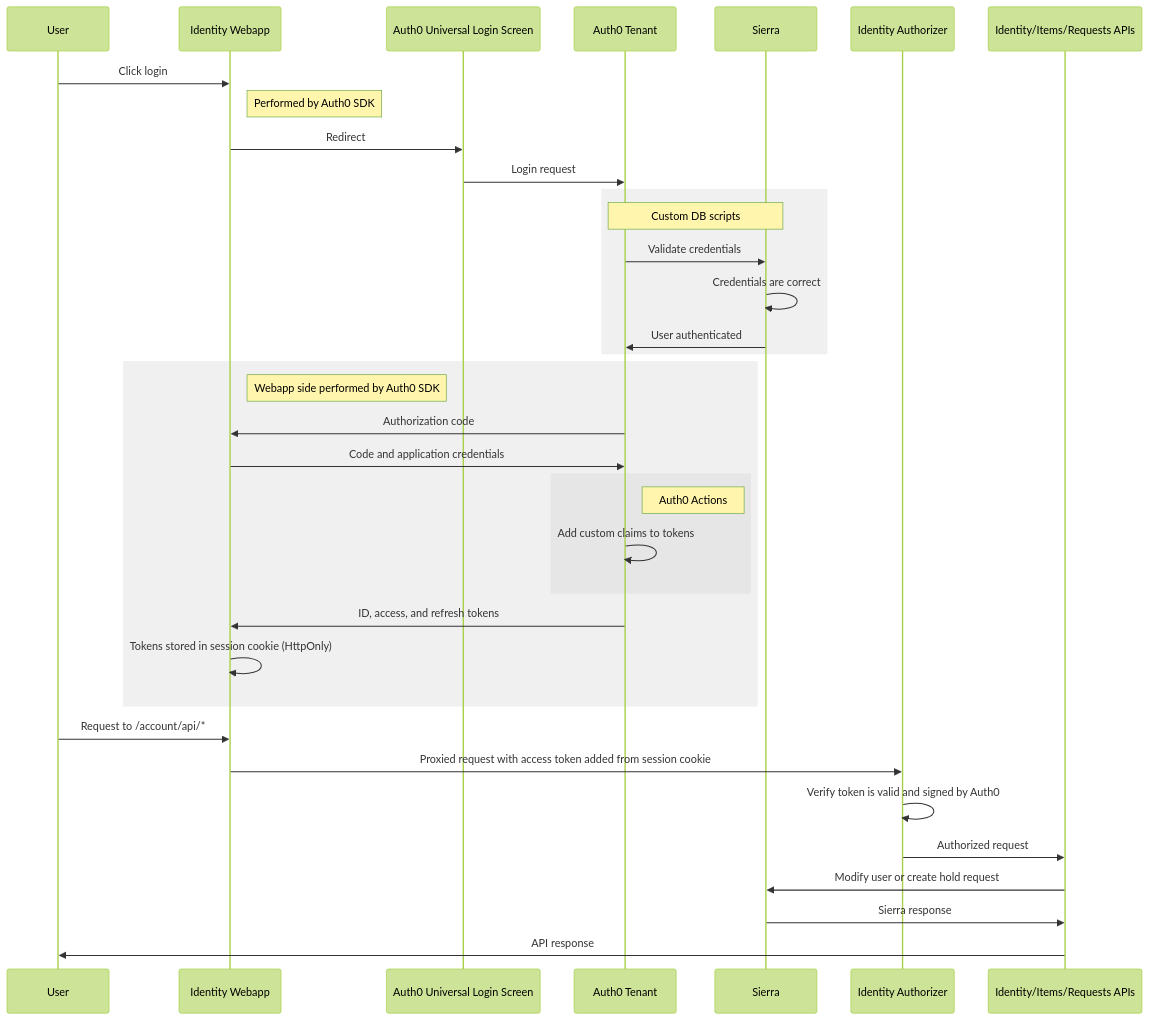
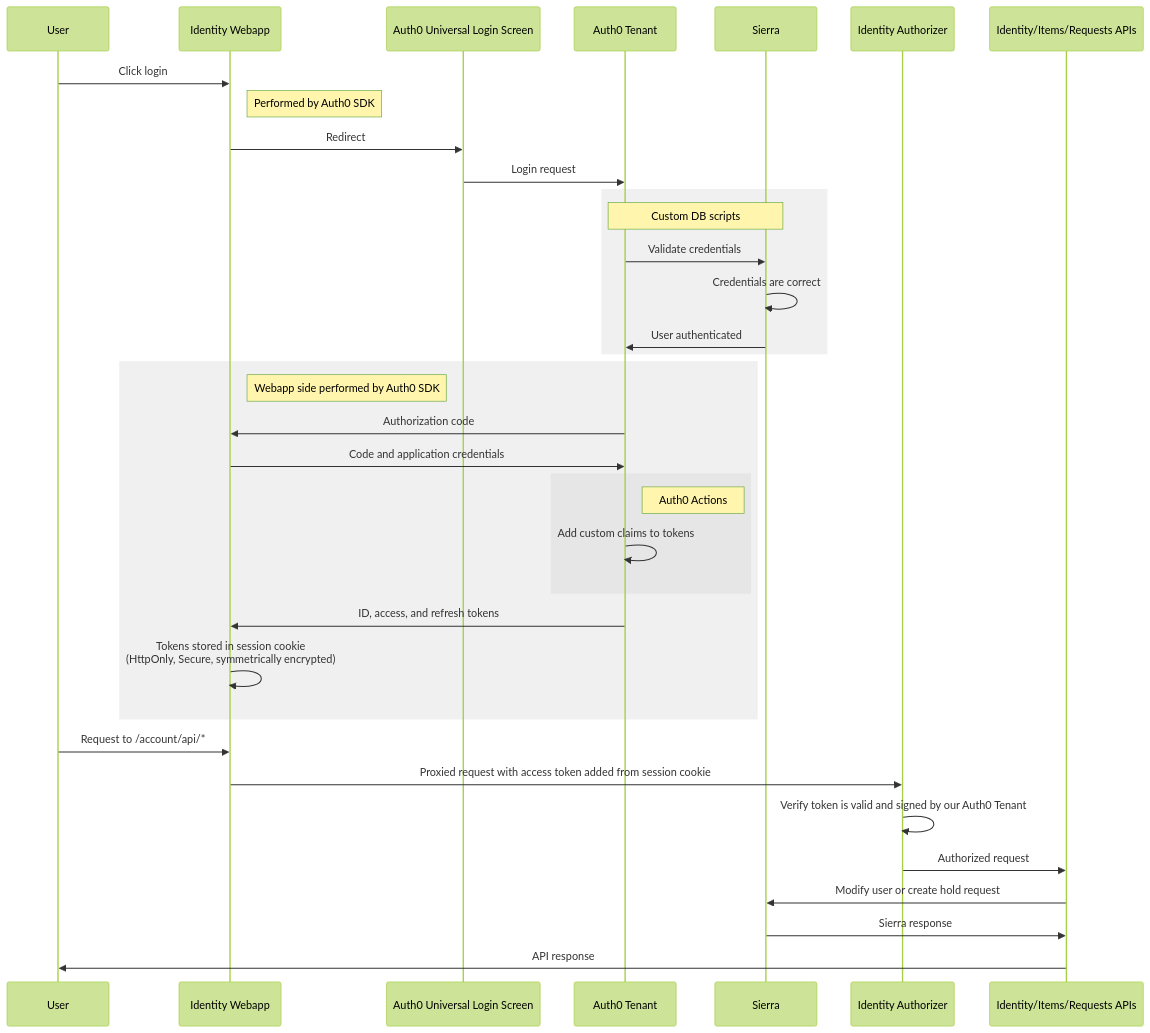
Before and after one commit to wellcomecollection/identity: the second of 3 diagrams in README.md, drawn with Mermaid (forest theme). The commit also changed other lines of this file, not shown here.

Commit message:
Registration flow diagram

````diff
--- a/README.md
+++ b/README.md
@@ -48,42 +48,42 @@
 ```mermaid
 sequenceDiagram
     participant User
     participant ID_APP as Identity Webapp
     participant A0_LOGIN as Auth0 Universal Login Screen
     participant A0_TENANT as Auth0 Tenant
     participant Sierra
     participant ID_AUTH as Identity Authorizer
     participant RESOURCE_APIS as Identity/Items/Requests APIs
 
     User->>ID_APP: Click login
     note right of ID_APP: Performed by Auth0 SDK
     ID_APP->>A0_LOGIN: Redirect
     A0_LOGIN->>A0_TENANT: Login request
 
     rect rgb(240, 240, 240)
         note over A0_TENANT, Sierra: Custom DB scripts
         A0_TENANT->>Sierra: Validate credentials
         Sierra->>Sierra: Credentials are correct
         Sierra->>A0_TENANT: User authenticated
     end
 
     rect rgb(240, 240, 240)
         note right of ID_APP: Webapp side performed by Auth0 SDK
         A0_TENANT->>ID_APP: Authorization code
         ID_APP->>A0_TENANT: Code and application credentials
         rect rgb(230, 230, 230)
             note right of A0_TENANT: Auth0 Actions
             A0_TENANT->>A0_TENANT: Add custom claims to tokens
         end
         A0_TENANT->>ID_APP: ID, access, and refresh tokens
-        ID_APP->>ID_APP: Tokens stored in session cookie (HttpOnly)
+        ID_APP->>ID_APP: Tokens stored in session cookie<br />(HttpOnly, Secure, symmetrically encrypted)
     end
 
     User->>ID_APP: Request to /account/api/*
     ID_APP->>ID_AUTH: Proxied request with access token added from session cookie
-    ID_AUTH->>ID_AUTH: Verify token is valid and signed by Auth0
+    ID_AUTH->>ID_AUTH: Verify token is valid and signed by our Auth0 Tenant
     ID_AUTH->>RESOURCE_APIS: Authorized request
     RESOURCE_APIS->>Sierra: Modify user or create hold request
     Sierra->>RESOURCE_APIS: Sierra response
     RESOURCE_APIS->>User: API response
 ```
````
